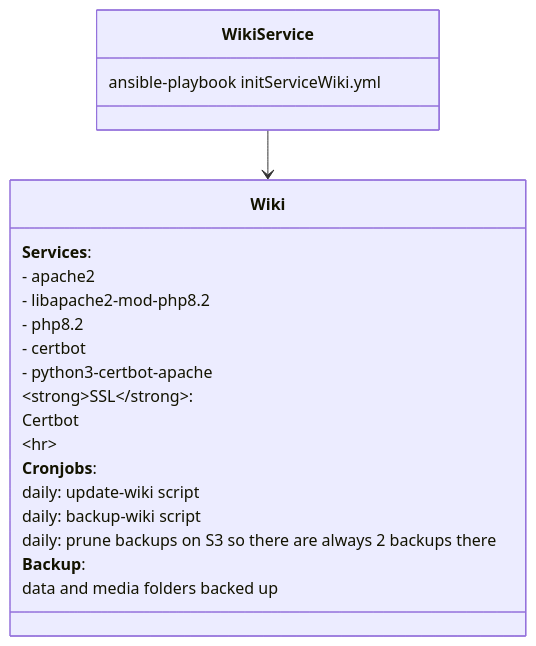
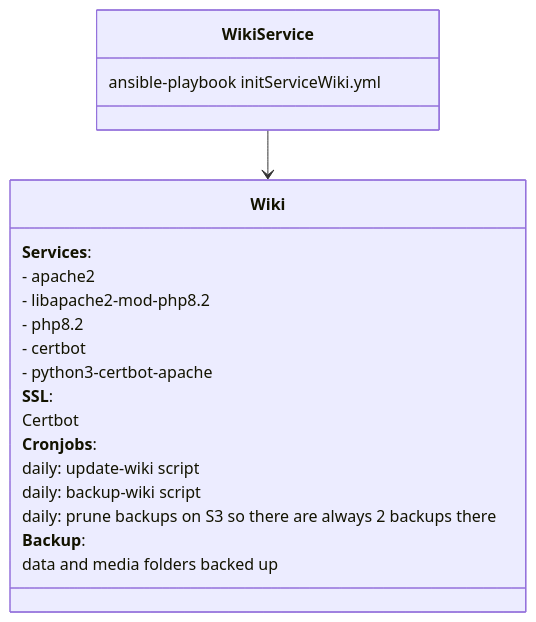
One commit to neighbourhoodie/stf-php-ansible changed the fourth of 5 diagrams in Properties.md. Above: the diagram before and after it, drawn with Mermaid. The commit also changed other lines of this file, not shown here.

Commit message:
test bold

````diff
--- a/Properties.md
+++ b/Properties.md
@@ -132,25 +132,25 @@
-<div class="mermaid">
+```mermaid
 classDiagram
   class WikiService { ansible-playbook initServiceWiki.yml }
   
   class Wiki {
     **Services**:
     - apache2
     - libapache2-mod-php8.2
     - php8.2
     - certbot
     - python3-certbot-apache
 
-    <strong>SSL</strong>:
+    **SSL**:
     Certbot
-<hr>
+
     **Cronjobs**:
     daily: update-wiki script
     daily: backup-wiki script
     daily: prune backups on S3 so there are always 2 backups there
     **Backup**:
     data and media folders backed up
   }
 
   WikiService --> Wiki
-</div>
+```
````
